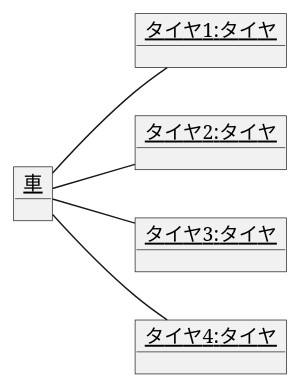
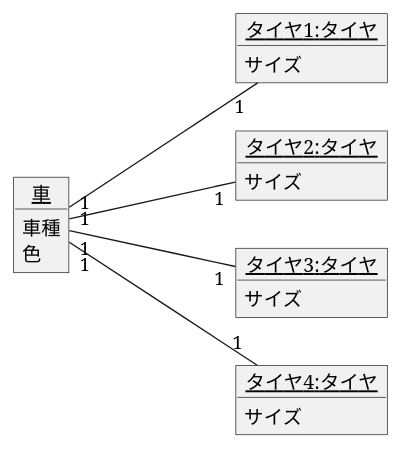
The diagram in 演習3-4_オブジェクト図.pu (nozomu1210/uml-introduction), drawn with PlantUML before and after one commit.

Commit message:
演習3-4

```diff
--- a/演習3-4_オブジェクト図.pu
+++ b/演習3-4_オブジェクト図.pu
@@ -1,22 +1,23 @@
 @startuml
 left to right direction
 object "<u>車</u>" as car{
-
+    車種
+    色
 }
 object "<u>タイヤ1:タイヤ</u>" as 1{
-
+    サイズ
 }
 object "<u>タイヤ2:タイヤ</u>" as 2{
-
+    サイズ
 }
 object "<u>タイヤ3:タイヤ</u>" as 3{
-
+    サイズ
 }
 object "<u>タイヤ4:タイヤ</u>" as 4{
-
+    サイズ
 }
-car -- 1
-car -- 2
-car -- 3
-car -- 4
+car "1"---"1" 1
+car "1"---"1" 2
+car "1"---"1" 3
+car "1"---"1" 4
 @enduml
```
